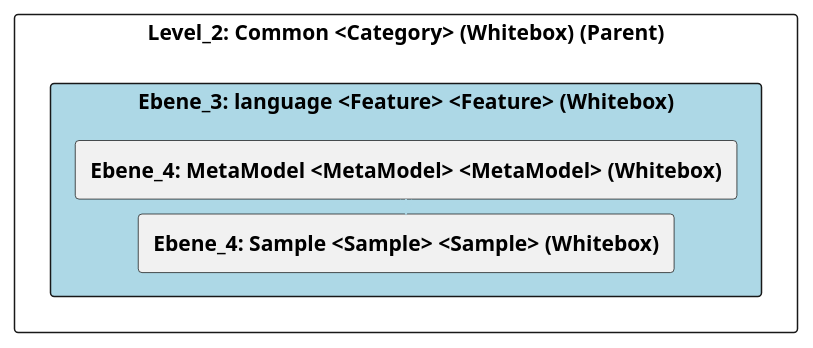
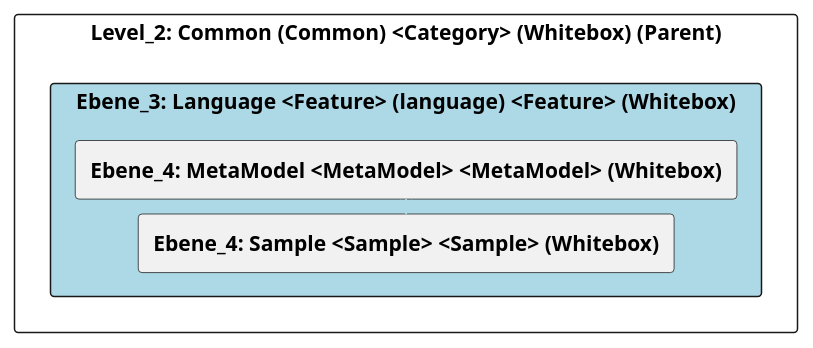
One commit to marcozwyssig/cleon changed the diagram in doc/cleonproject_deliverables_architecture_model_architecture/adoc/de/05_bausteinsicht/cleon/common/language/ebene_3_language.adoc. Above: the diagram before and after it, drawn with PlantUML. The commit also changed other lines of this file and 166 other files, not shown here.

```diff
--- a/doc/cleonproject_deliverables_architecture_model_architecture/adoc/de/05_bausteinsicht/cleon/common/language/ebene_3_language.adoc
+++ b/doc/cleonproject_deliverables_architecture_model_architecture/adoc/de/05_bausteinsicht/cleon/common/language/ebene_3_language.adoc
@@ -20,28 +20,28 @@
-[plantuml, Ebene_3: language <Feature> <Feature> (Whitebox)BlockOverview, format="svg"]
+[plantuml, Ebene_3: Language <Feature> (language) <Feature> (Whitebox)BlockOverview, format="svg"]
 ----
-@startuml Ebene_3: language <Feature> <Feature> (Whitebox)BuildingBlockOverview
+@startuml Ebene_3: Language <Feature> (language) <Feature> (Whitebox)BuildingBlockOverview
 
 skinparam ranksep 10
 skinparam componentStyle rectangle
 skinparam shadowing false
 skinparam arrowColor lightblue
 skinparam arrowThickness 1.2
 skinparam rectangle {
   BackgroundColor White
   BorderColor #333
   RoundCorner 10
 }
 top to bottom direction
 
-component "Level_2: Common <Category> (Whitebox) (Parent)" {
-    component "Ebene_3: language <Feature> <Feature> (Whitebox)" #lightblue {
+component "Level_2: Common (Common) <Category> (Whitebox) (Parent)" {
+    component "Ebene_3: Language <Feature> (language) <Feature> (Whitebox)" #lightblue {
         [**Ebene_4: MetaModel <MetaModel> <MetaModel> (Whitebox)**] as 4A56B729_D579_11EE_903E_9F564E4DE07E
         [**Ebene_4: Sample <Sample> <Sample> (Whitebox)**] as 4A56DE4A_D579_11EE_903E_9F564E4DE07E
     }
 
     4A56B729_D579_11EE_903E_9F564E4DE07E -down-> 4A56DE4A_D579_11EE_903E_9F564E4DE07E
     
 }
 
 @enduml
 ----
```
